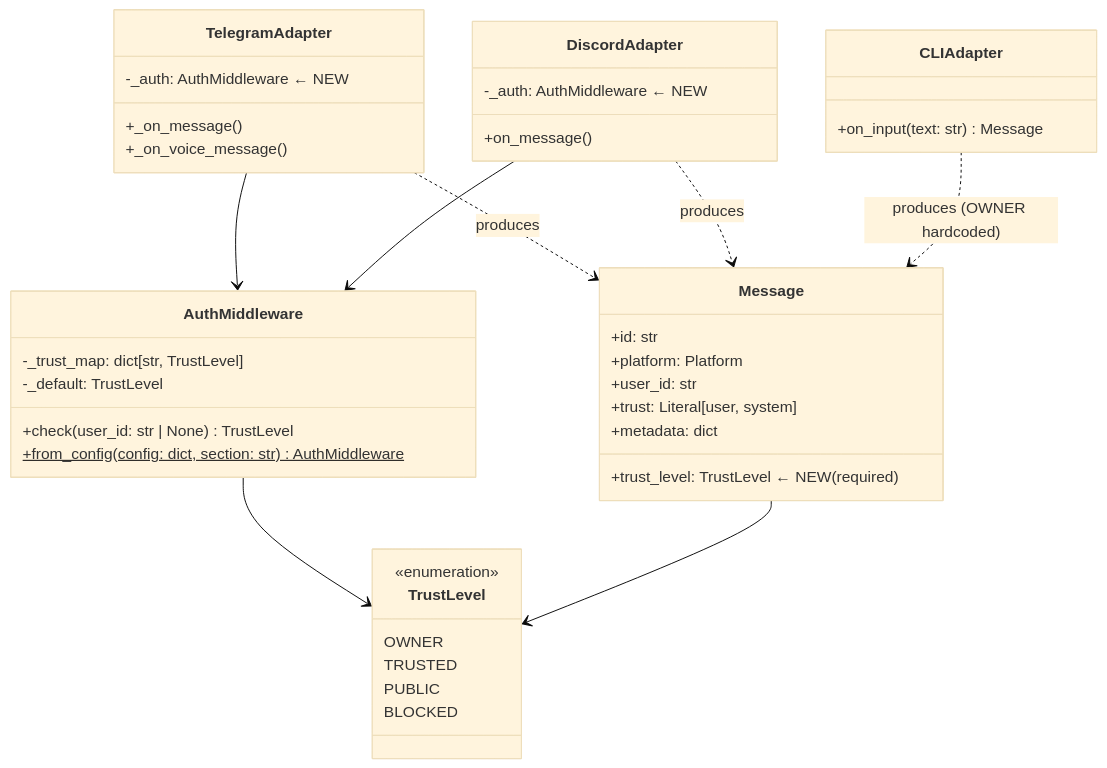
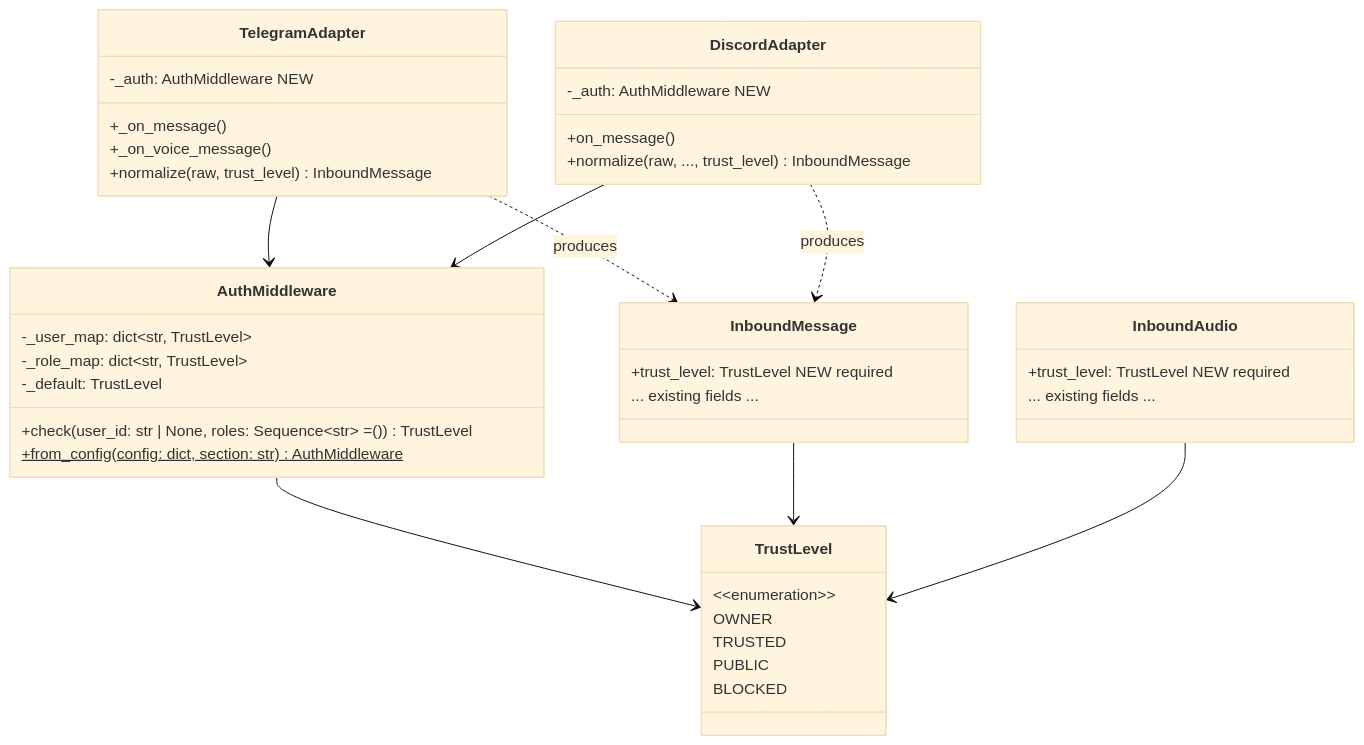
The first of 2 diagrams in artifacts/specs/151-auth-middleware-trust-level-spec.mdx (Roxabi/lyra), drawn with Mermaid (base theme) before and after one commit. The commit also changed other lines of this file, not shown here.

First line of the commit message:
docs(spec): rewrite spec for #151 — AuthMiddleware + TrustLevel per adapter

````diff
--- a/artifacts/specs/151-auth-middleware-trust-level-spec.mdx
+++ b/artifacts/specs/151-auth-middleware-trust-level-spec.mdx
@@ -55,49 +65,49 @@
 ```mermaid
 classDiagram
     class TrustLevel {
-        <<enumeration>>
+        &lt;&lt;enumeration&gt;&gt;
         OWNER
         TRUSTED
         PUBLIC
         BLOCKED
     }
 
     class AuthMiddleware {
-        -_trust_map: dict[str, TrustLevel]
+        -_user_map: dict~str, TrustLevel~
+        -_role_map: dict~str, TrustLevel~
         -_default: TrustLevel
-        +check(user_id: str | None) TrustLevel
+        +check(user_id: str | None, roles: Sequence~str~ = ()) TrustLevel
         +from_config(config: dict, section: str)$ AuthMiddleware
     }
 
-    class Message {
-        +id: str
-        +platform: Platform
-        +user_id: str
-        +trust: Literal[user, system]
-        +trust_level: TrustLevel  ← NEW (required)
-        +metadata: dict
+    class InboundMessage {
+        +trust_level: TrustLevel  NEW required
+        ... existing fields ...
+    }
+
+    class InboundAudio {
+        +trust_level: TrustLevel  NEW required
+        ... existing fields ...
     }
 
     class TelegramAdapter {
-        -_auth: AuthMiddleware  ← NEW
+        -_auth: AuthMiddleware  NEW
         +_on_message()
         +_on_voice_message()
+        +normalize(raw, trust_level) InboundMessage
     }
 
     class DiscordAdapter {
-        -_auth: AuthMiddleware  ← NEW
+        -_auth: AuthMiddleware  NEW
         +on_message()
-    }
-
-    class CLIAdapter {
-        +on_input(text: str) Message
+        +normalize(raw, ..., trust_level) InboundMessage
     }
 
     AuthMiddleware --> TrustLevel
-    Message --> TrustLevel
+    InboundMessage --> TrustLevel
+    InboundAudio --> TrustLevel
     TelegramAdapter --> AuthMiddleware
     DiscordAdapter --> AuthMiddleware
-    TelegramAdapter ..> Message : produces
-    DiscordAdapter ..> Message : produces
-    CLIAdapter ..> Message : produces (OWNER hardcoded)
+    TelegramAdapter ..> InboundMessage : produces
+    DiscordAdapter ..> InboundMessage : produces
 ```
````
